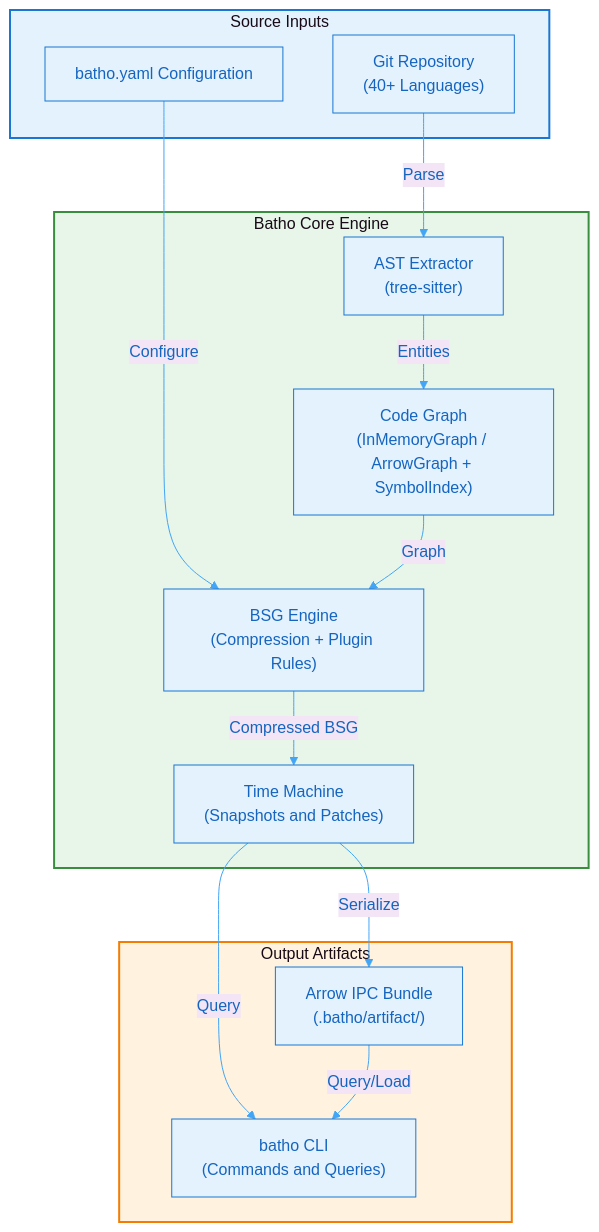
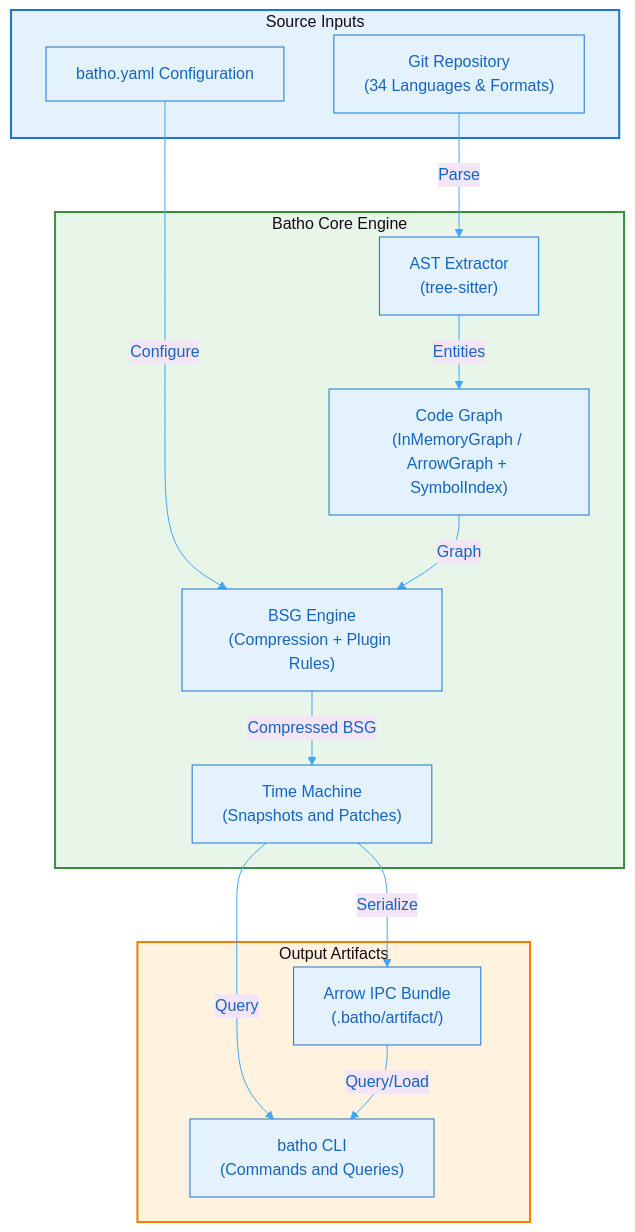
Before and after one commit to sageoz/Batho: the diagram in docs-site/docs/whitepaper/index.md, drawn with Mermaid. The commit also changed other lines of this file and 229 other files, not shown here.

````diff
--- a/docs-site/docs/whitepaper/index.md
+++ b/docs-site/docs/whitepaper/index.md
@@ -39,33 +39,33 @@
 ```mermaid
 %%{init: {'theme': 'base', 'themeVariables': { 'primaryColor': '#e3f2fd', 'primaryTextColor': '#1565c0', 'primaryBorderColor': '#1976d2', 'lineColor': '#42a5f5', 'secondaryColor': '#f3e5f5', 'tertiaryColor': '#e8f5e9'}}}%%
 flowchart TB
     subgraph Input["Source Inputs"]
-        REPO["Git Repository<br/>(40+ Languages)"]
+        REPO["Git Repository<br/>(34 Languages & Formats)"]
         CFG["batho.yaml Configuration"]
     end
 
     subgraph Engine["Batho Core Engine"]
         EX["AST Extractor<br/>(tree-sitter)"]
         CG["Code Graph<br/>(InMemoryGraph / ArrowGraph + SymbolIndex)"]
         BSG["BSG Engine<br/>(Compression + Plugin Rules)"]
         TM["Time Machine<br/>(Snapshots and Patches)"]
     end
 
     subgraph Output["Output Artifacts"]
         CLI["batho CLI<br/>(Commands and Queries)"]
         BUNDLE["Arrow IPC Bundle<br/>(.batho/artifact/)"]
     end
 
     REPO -->|"Parse"| EX
     CFG -->|"Configure"| BSG
     EX -->|"Entities"| CG
     CG -->|"Graph"| BSG
     BSG -->|"Compressed BSG"| TM
     TM -->|"Query"| CLI
     TM -->|"Serialize"| BUNDLE
     BUNDLE -->|"Query/Load"| CLI
 
     style Input fill:#e3f2fd,stroke:#1976d2,stroke-width:2px
     style Engine fill:#e8f5e9,stroke:#388e3c,stroke-width:2px
     style Output fill:#fff3e0,stroke:#f57c00,stroke-width:2px
 ```
````
